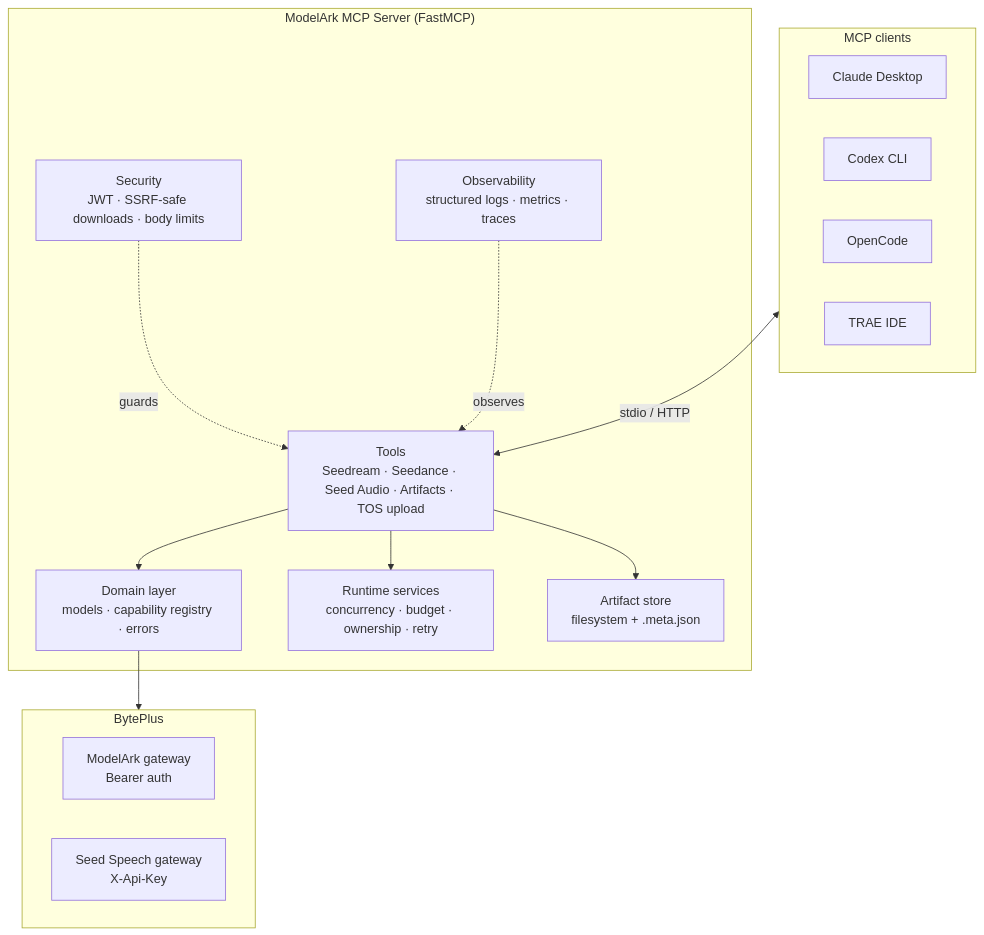
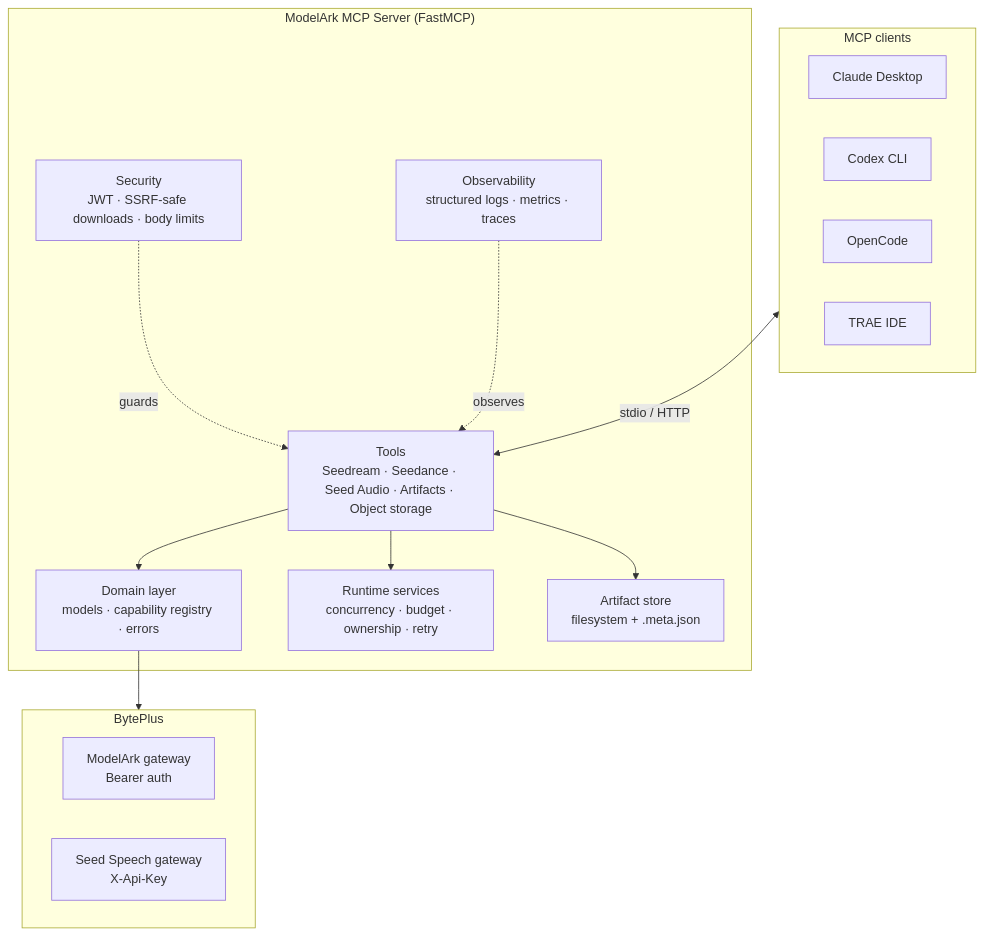
Before and after one commit to byteplus-sa/modelark-mcp: the first of 3 diagrams in README.md, drawn with Mermaid. The commit also changed other lines of this file and 6 other files, not shown here.

````diff
--- a/README.md
+++ b/README.md
@@ -81,28 +80,28 @@
 ```mermaid
 flowchart TB
   subgraph Client["MCP clients"]
     CD[Claude Desktop]
     CX[Codex CLI]
     OC[OpenCode]
     TR[TRAE IDE]
   end
   subgraph Server["ModelArk MCP Server (FastMCP)"]
-    Tools["Tools<br/>Seedream · Seedance · Seed Audio · Artifacts · TOS upload"]
+    Tools["Tools<br/>Seedream · Seedance · Seed Audio · Artifacts · Object storage"]
     Domain["Domain layer<br/>models · capability registry · errors"]
     Runtime["Runtime services<br/>concurrency · budget · ownership · retry"]
     Store["Artifact store<br/>filesystem + .meta.json"]
     Sec["Security<br/>JWT · SSRF-safe downloads · body limits"]
     Obs["Observability<br/>structured logs · metrics · traces"]
   end
   subgraph Providers["BytePlus"]
     MA["ModelArk gateway<br/>Bearer auth"]
     SS["Seed Speech gateway<br/>X-Api-Key"]
   end
   Client <-->|"stdio / HTTP"| Tools
   Tools --> Domain
   Tools --> Runtime
   Tools --> Store
   Domain --> Providers
   Sec -. guards .-> Tools
   Obs -. observes .-> Tools
 ```
````
